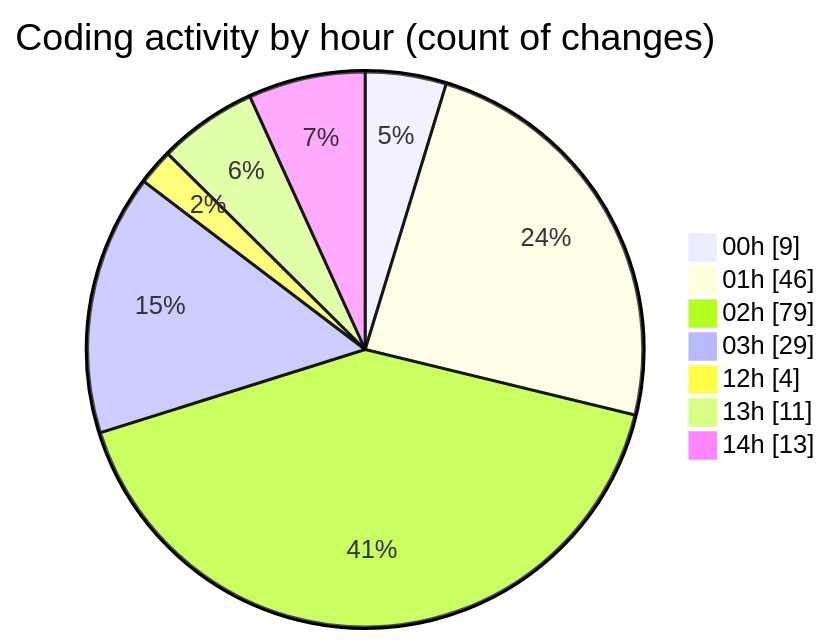
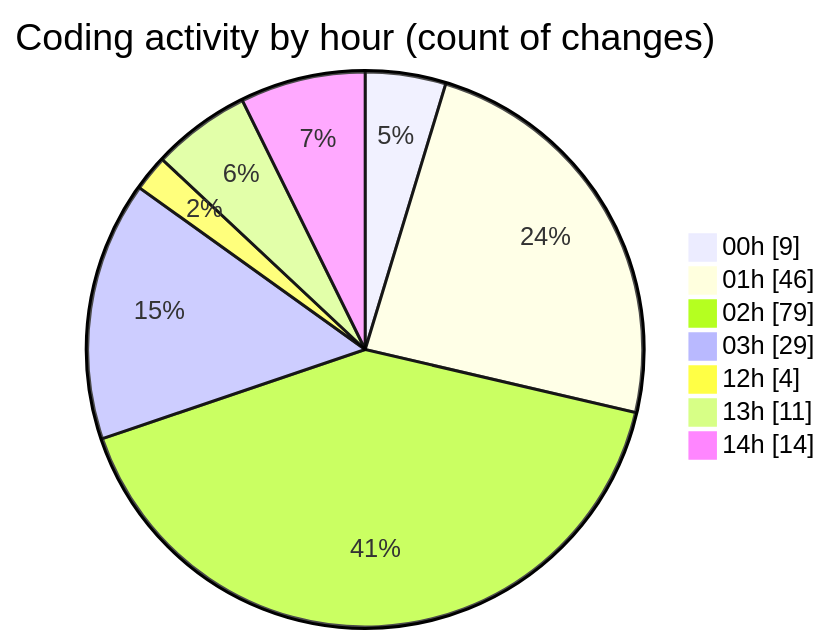
Before and after one commit to julien-gomy/code-tracking: the second of 2 diagrams in 2025-11-18/eventscop-frontend-guide__workspace_/README.md, drawn with Mermaid. The commit also changed other lines of this file and 1 other file, not shown here.

````diff
--- a/2025-11-18/eventscop-frontend-guide__workspace_/README.md
+++ b/2025-11-18/eventscop-frontend-guide__workspace_/README.md
@@ -74,11 +74,11 @@
 ```mermaid
 pie showData
 title Coding activity by hour (count of changes)
 "00h" : 9
 "01h" : 46
 "02h" : 79
 "03h" : 29
 "12h" : 4
 "13h" : 11
-"14h" : 13
+"14h" : 14
 ```
````
